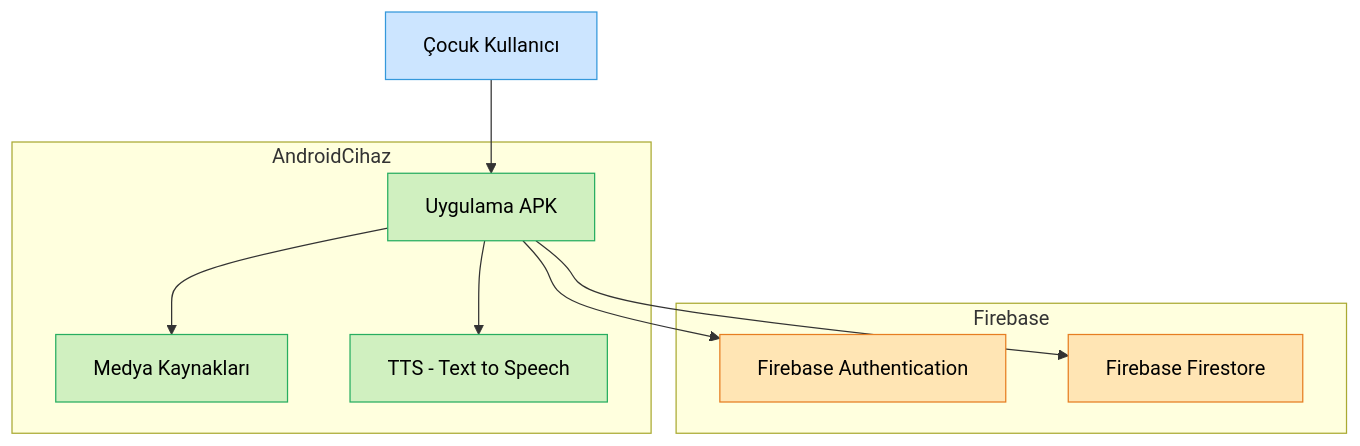
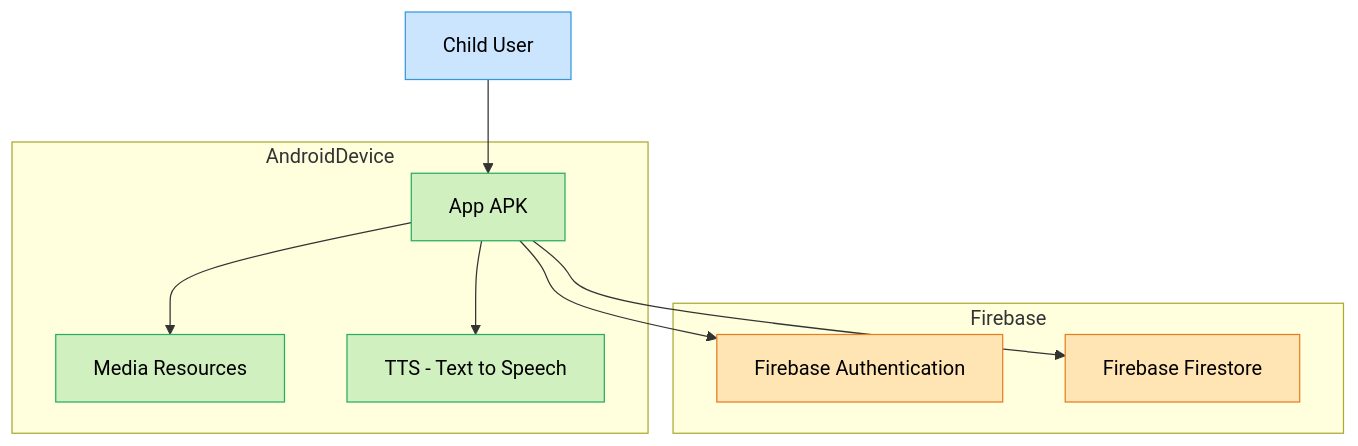
The fourth of 5 diagrams in README.md (ersel271/cmp2004-doc), drawn with Mermaid before and after one commit. The commit also changed other lines of this file, not shown here.

````diff
--- a/README.md
+++ b/README.md
@@ -699,23 +620,23 @@
 ```mermaid
 graph TD
     classDef firebase fill:#ffe5b4,stroke:#e67e22,color:#000;
     classDef android fill:#d0f0c0,stroke:#27ae60,color:#000;
     classDef user fill:#cce5ff,stroke:#3498db,color:#000;
 
     subgraph Firebase
         Auth[Firebase Authentication]:::firebase
         DB[Firebase Firestore]:::firebase
     end
 
-    subgraph AndroidCihaz
-        APK[Uygulama APK]:::android
-        Assets[Medya Kaynakları]:::android
+    subgraph AndroidDevice
+        APK[App APK]:::android
+        Assets[Media Resources]:::android
         TTS[TTS - Text to Speech]:::android
     end
 
-    User[Çocuk Kullanıcı]:::user --> APK
+    User[Child User]:::user --> APK
     APK --> Auth
     APK --> DB
     APK --> Assets
     APK --> TTS
 ```
````
